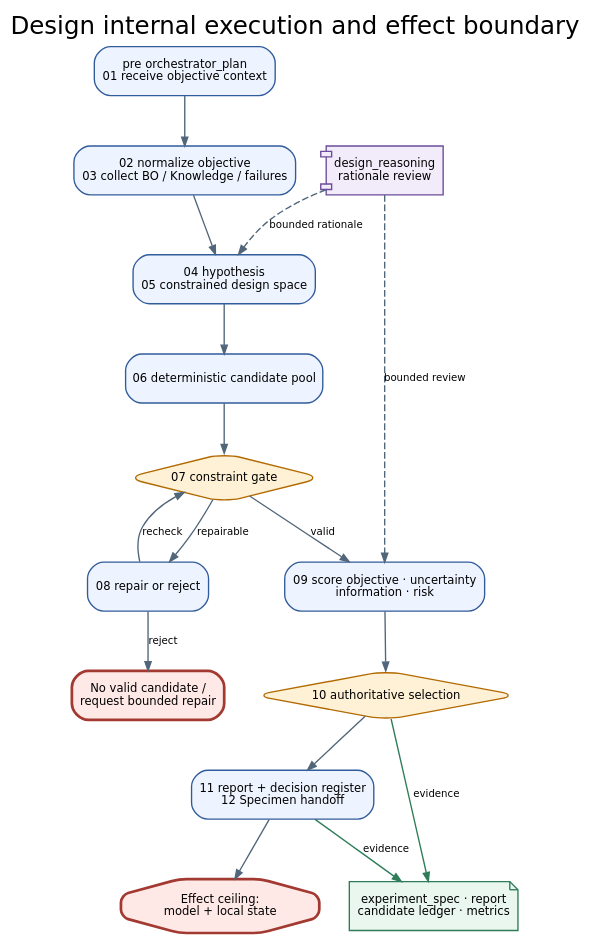
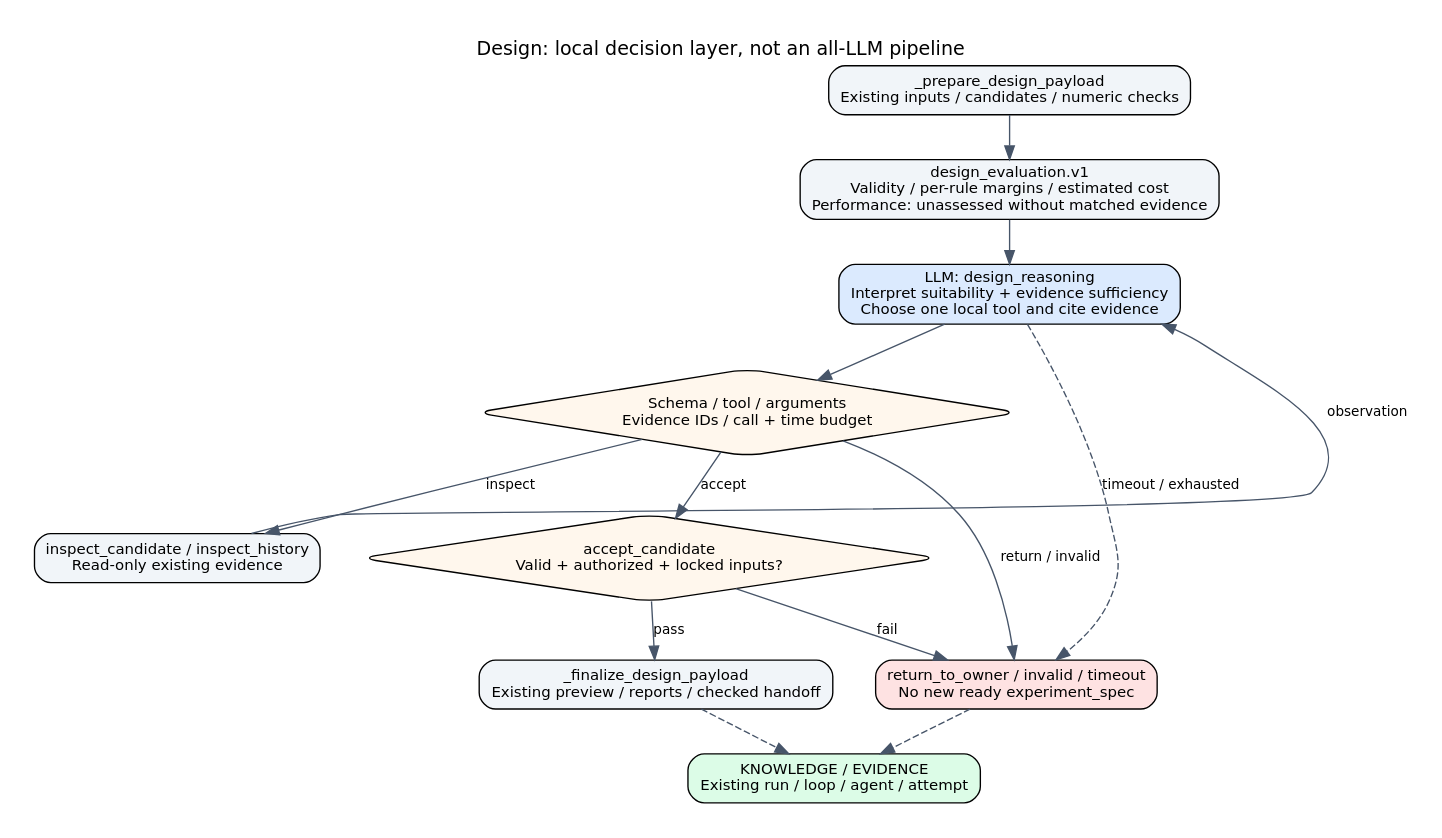
Before and after one commit to JIN9811/autonomous_researcher: the diagram in docs/agents/assets/figures/design_02_execution_effect_boundary.dot, drawn with Graphviz. The commit also changed 29 other files, not shown here.

First line of the commit message:
feat(design): add evidence-based LLM decisions and agent documentation

```diff
--- a/docs/agents/assets/figures/design_02_execution_effect_boundary.dot
+++ b/docs/agents/assets/figures/design_02_execution_effect_boundary.dot
@@ -1,28 +1,20 @@
-digraph design_execution_effect_boundary {
-  graph [rankdir=TB, bgcolor="transparent", pad="0.25", nodesep="0.30", ranksep="0.48", fontname="DejaVu Sans", label="Design internal execution and effect boundary", labelloc="t", fontsize=18];
-  node [shape=box, style="rounded,filled", fillcolor="#EEF4FF", color="#315C9B", fontname="DejaVu Sans", fontsize=8.5, margin="0.09,0.06"];
-  edge [color="#52667A", fontname="DejaVu Sans", fontsize=7.5, arrowsize=0.65];
-  pre [label="pre orchestrator_plan\n01 receive objective context"];
-  normalize [label="02 normalize objective\n03 collect BO / Knowledge / failures"];
-  hypothesis [label="04 hypothesis\n05 constrained design space"];
-  pool [label="06 deterministic candidate pool"];
-  constraint [label="07 constraint gate", shape=diamond, fillcolor="#FFF1D6", color="#B26A00"];
-  repair [label="08 repair or reject"];
-  score [label="09 score objective · uncertainty\ninformation · risk"];
-  select [label="10 authoritative selection", shape=diamond, fillcolor="#FFF1D6", color="#B26A00"];
-  report [label="11 report + decision register\n12 Specimen handoff"];
-  model [label="design_reasoning\nrationale review", shape=component, fillcolor="#F2ECFA", color="#6B4C9A"];
-  evidence [label="experiment_spec · report\ncandidate ledger · metrics", shape=note, fillcolor="#E9F7EF", color="#2E7D59"];
-  invalid [label="No valid candidate /\nrequest bounded repair", fillcolor="#FFE9E7", color="#A33A32", penwidth=2];
-  effect [label="Effect ceiling:\nmodel + local state", shape=octagon, fillcolor="#FFE9E7", color="#A33A32", penwidth=2];
-  pre -> normalize -> hypothesis -> pool -> constraint;
-  constraint -> score [label="valid"];
-  constraint -> repair [label="repairable"];
-  repair -> constraint [label="recheck"];
-  repair -> invalid [label="reject"];
-  score -> select -> report -> effect;
-  model -> hypothesis [style=dashed, label="bounded rationale"];
-  model -> score [style=dashed, label="bounded review"];
-  select -> evidence [label="evidence", color="#2E7D59"];
-  report -> evidence [label="evidence", color="#2E7D59"];
+digraph DesignDecision {
+ graph [rankdir=TB,bgcolor="white",pad=0.25,nodesep=0.4,ranksep=0.45,label="Design: local decision layer, not an all-LLM pipeline",labelloc=t,fontname="DejaVu Sans"];
+ node [shape=box,style="rounded,filled",fillcolor="#f1f5f9",fontname="DejaVu Sans",fontsize=11];
+ edge [fontname="DejaVu Sans",fontsize=10,color="#475569"];
+ prep [label="_prepare_design_payload\nExisting inputs / candidates / numeric checks"];
+ evidence [label="design_evaluation.v1\nValidity / per-rule margins / estimated cost\nPerformance: unassessed without matched evidence"];
+ model [label="LLM: design_reasoning\nInterpret suitability + evidence sufficiency\nChoose one local tool and cite evidence",fillcolor="#dbeafe"];
+ gate [shape=diamond,label="Schema / tool / arguments\nEvidence IDs / call + time budget",fillcolor="#fff7ed"];
+ inspect [label="inspect_candidate / inspect_history\nRead-only existing evidence"];
+ accept [shape=diamond,label="accept_candidate\nValid + authorized + locked inputs?",fillcolor="#fff7ed"];
+ finish [label="_finalize_design_payload\nExisting preview / reports / checked handoff"];
+ owner [label="return_to_owner / invalid / timeout\nNo new ready experiment_spec",fillcolor="#fee2e2"];
+ archive [label="KNOWLEDGE / EVIDENCE\nExisting run / loop / agent / attempt",fillcolor="#dcfce7"];
+ prep -> evidence -> model -> gate;
+ gate -> inspect [label="inspect"]; inspect -> model [label="observation",constraint=false];
+ gate -> accept [label="accept"]; accept -> finish [label="pass"]; accept -> owner [label="fail"];
+ gate -> owner [label="return / invalid"];
+ model -> owner [style=dashed,label="timeout / exhausted"];
+ finish -> archive [style=dashed]; owner -> archive [style=dashed];
 }
```
